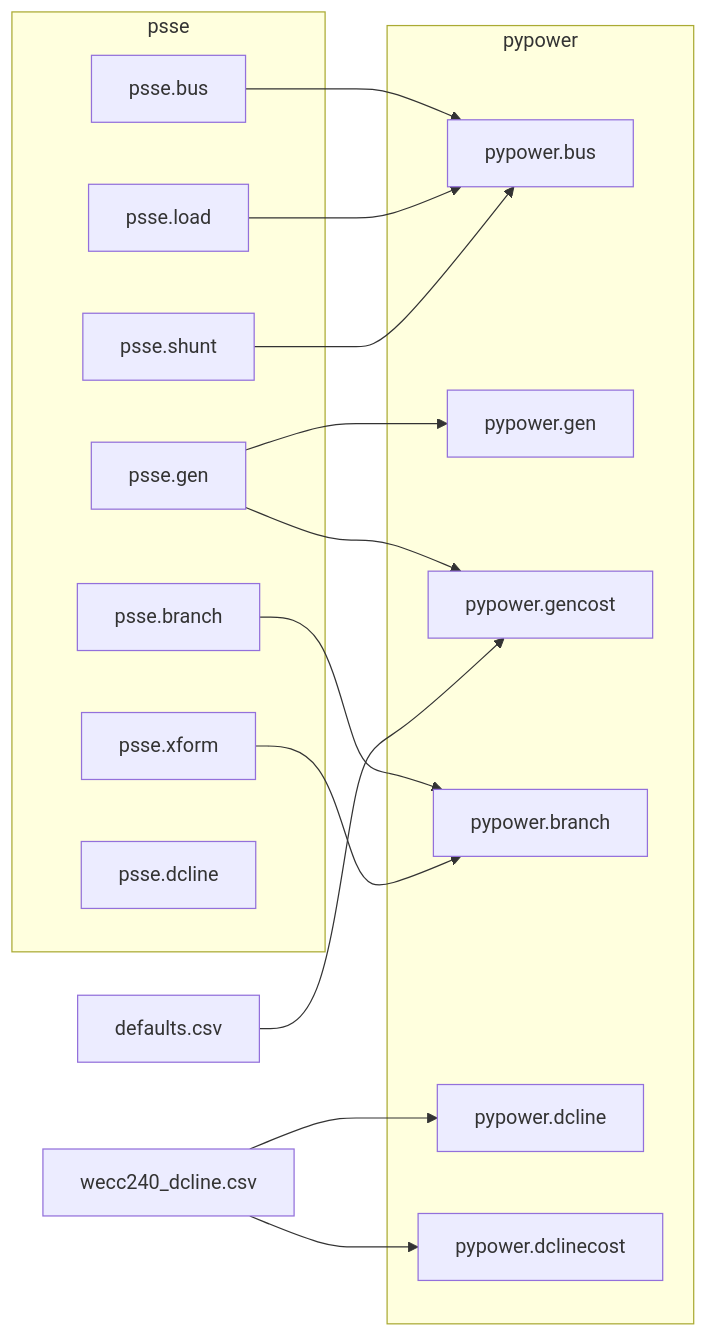
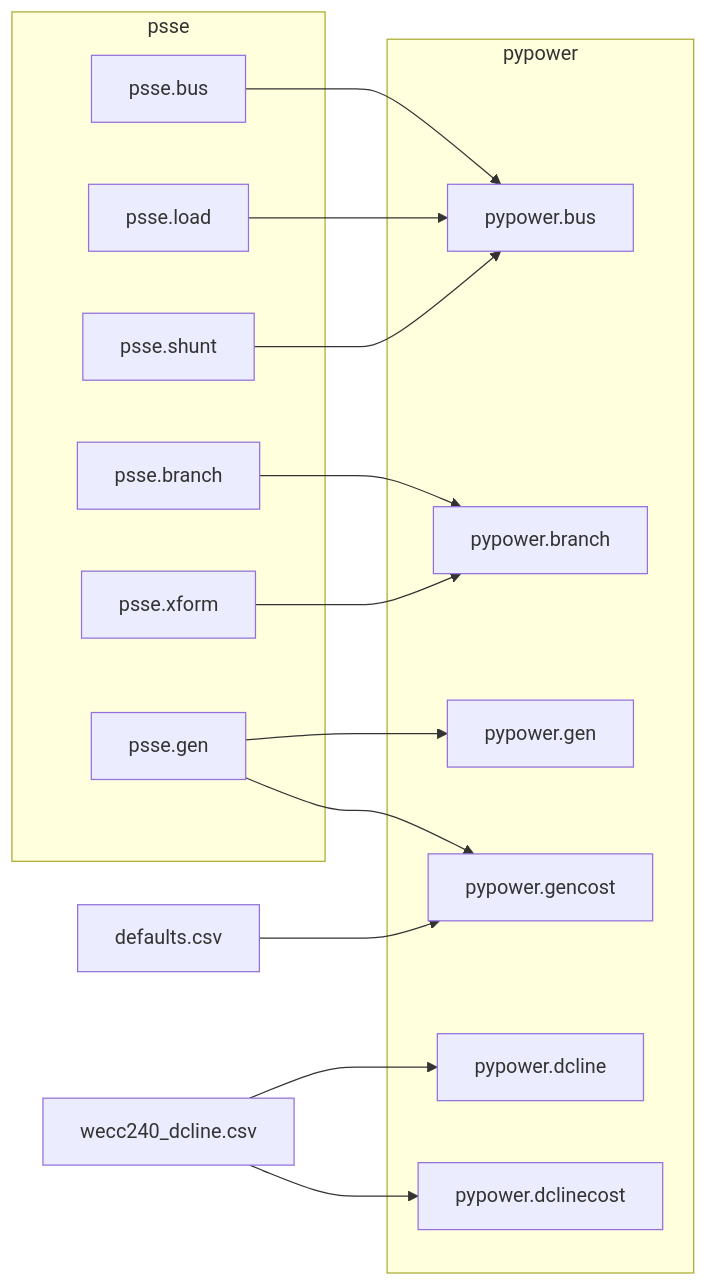
One commit to slacgismo/regrow changed the second of 2 diagrams in pypower/README.md. Above: the diagram before and after it, drawn with Mermaid.

Commit message:
Update README to reflect PSSE to PyPower mappings

````diff
--- a/pypower/README.md
+++ b/pypower/README.md
@@ -77,35 +77,34 @@
 ```mermaid
 flowchart LR
 
     psse.bus --> pypower.bus
     psse.load --> pypower.bus
     psse.shunt --> pypower.bus
     
+    psse.branch --> pypower.branch
+    psse.xform --> pypower.branch
+
     psse.gen --> pypower.gen
     psse.gen --> pypower.gencost
 
-    psse.branch --> pypower.branch
-    psse.xform --> pypower.branch
-
     subgraph psse
+        psse.branch
+        psse.xform
         psse.bus
         psse.load
         psse.shunt
         psse.gen
-        psse.branch
-        psse.xform
-        psse.dcline
     end
 
     subgraph pypower
+        pypower.branch
         pypower.bus
-        pypower.branch
         pypower.gen
         pypower.gencost
         pypower.dcline
         pypower.dclinecost
     end
     defaults.csv --> pypower.gencost
     wecc240_dcline.csv --> pypower.dcline
     wecc240_dcline.csv --> pypower.dclinecost
 ```
````
